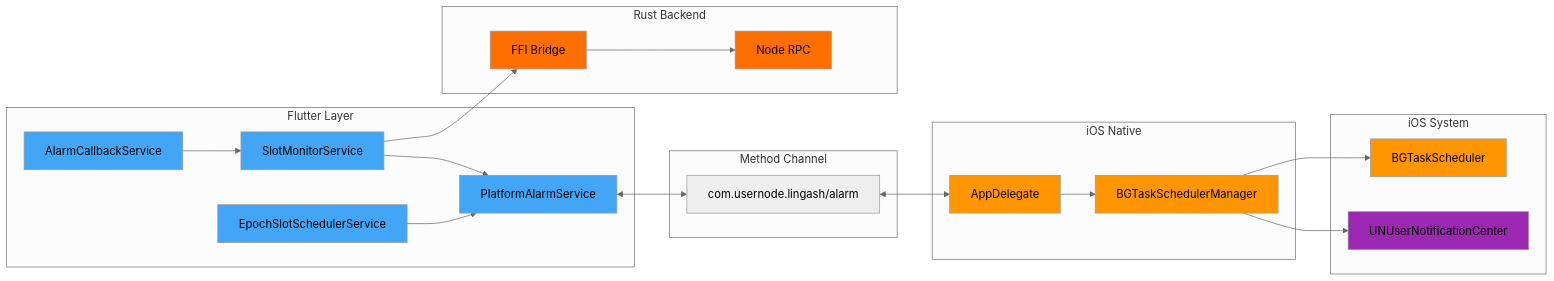
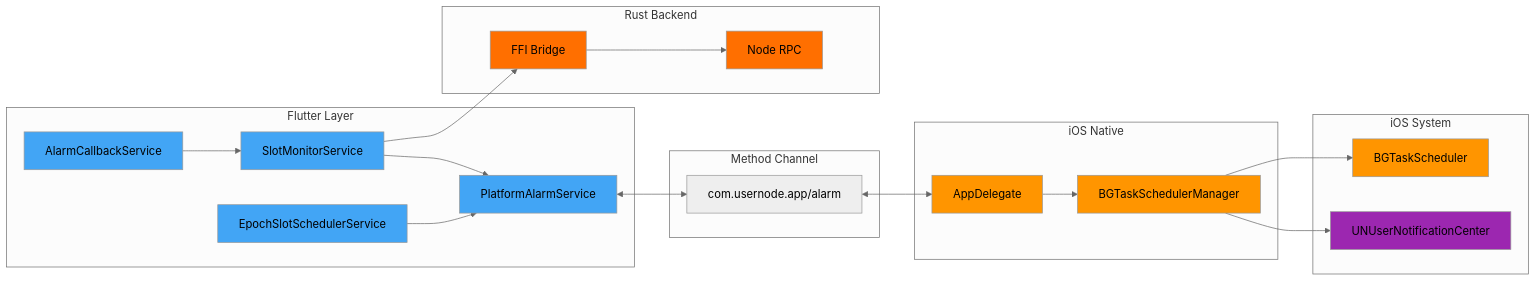
The third of 5 diagrams in docs/ios_background_block_production_flow.md (Usernode-Labs/flutter-mobile-app), drawn with Mermaid (neutral theme) before and after one commit. The commit also changed other lines of this file and 18 other files, not shown here.

````diff
--- a/docs/ios_background_block_production_flow.md
+++ b/docs/ios_background_block_production_flow.md
@@ -230,50 +230,50 @@
 ```mermaid
 graph LR
     subgraph "Flutter Layer"
         A[PlatformAlarmService]
         B[EpochSlotSchedulerService]
         C[SlotMonitorService]
         D[AlarmCallbackService]
     end
 
     subgraph "Method Channel"
-        E["com.usernode.lingash/alarm"]
+        E["com.usernode.app/alarm"]
     end
 
     subgraph "iOS Native"
         F[AppDelegate]
         G[BGTaskSchedulerManager]
     end
 
     subgraph "iOS System"
         H[BGTaskScheduler]
         I[UNUserNotificationCenter]
     end
 
     subgraph "Rust Backend"
         J[FFI Bridge]
         K[Node RPC]
     end
 
     A <--> E
     B --> A
     C --> A
     D --> C
     E <--> F
     F --> G
     G --> H
     G --> I
     C --> J
     J --> K
 
     style A fill:#42A5F5
     style B fill:#42A5F5
     style C fill:#42A5F5
     style D fill:#42A5F5
     style F fill:#FF9500
     style G fill:#FF9500
     style H fill:#FF9500
     style I fill:#9C27B0
     style J fill:#FF6F00
     style K fill:#FF6F00
 ```
````
